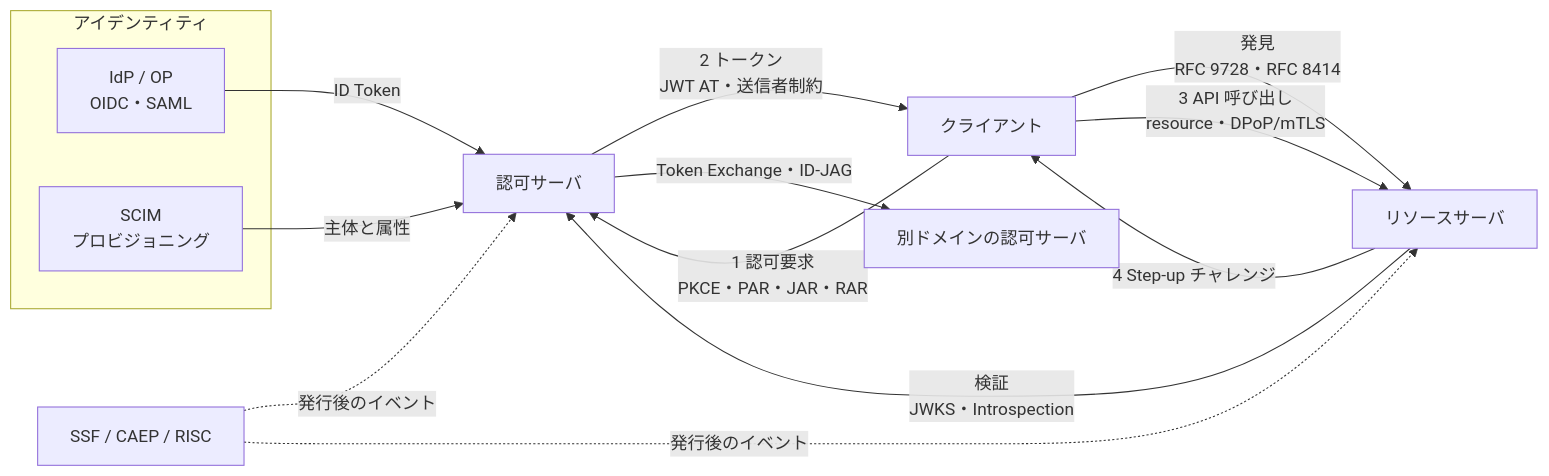
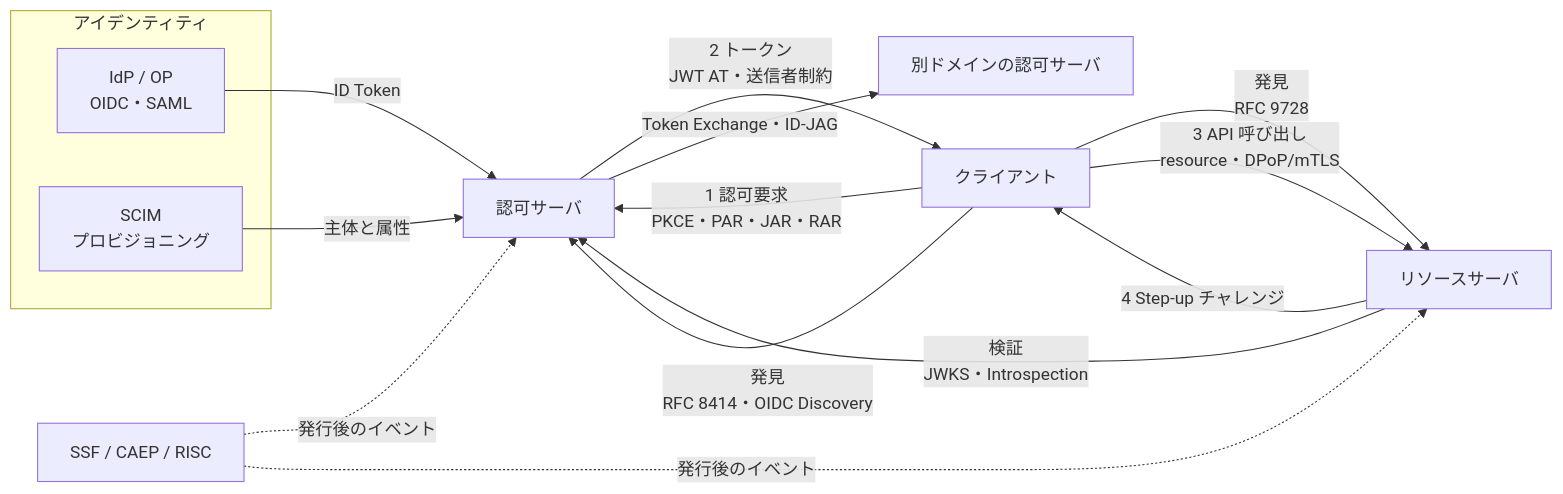
The first of 2 diagrams in content/ja/posts/oauth-standards-map-authorization-platform.md (bmf-san/bmf-tech), drawn with Mermaid before and after one commit. The commit also changed other lines of this file and 1 other file, not shown here.

First line of the commit message:
fix: OAuth 関連標準の地図の記事の図・PAR・SSF/CAEP/RISC の記述を一次資料に合わせる

````diff
--- a/content/ja/posts/oauth-standards-map-authorization-platform.md
+++ b/content/ja/posts/oauth-standards-map-authorization-platform.md
@@ -50,18 +50,19 @@
 ```mermaid
 flowchart LR
   subgraph ID["アイデンティティ"]
     IdP["IdP / OP<br/>OIDC・SAML"]
     SCIM["SCIM<br/>プロビジョニング"]
   end
   C["クライアント"] -- "1 認可要求<br/>PKCE・PAR・JAR・RAR" --> AS["認可サーバ"]
-  C -- "発見<br/>RFC 9728・RFC 8414" --> RS["リソースサーバ"]
+  C -- "発見<br/>RFC 9728" --> RS["リソースサーバ"]
+  C -- "発見<br/>RFC 8414・OIDC Discovery" --> AS
   AS -- "2 トークン<br/>JWT AT・送信者制約" --> C
   C -- "3 API 呼び出し<br/>resource・DPoP/mTLS" --> RS
   RS -- "検証<br/>JWKS・Introspection" --> AS
   RS -- "4 Step-up チャレンジ" --> C
   IdP -- "ID Token" --> AS
   SCIM -- "主体と属性" --> AS
   T["SSF / CAEP / RISC"] -. "発行後のイベント" .-> AS
   T -. "発行後のイベント" .-> RS
   AS -- "Token Exchange・ID-JAG" --> AS2["別ドメインの認可サーバ"]
 ```
````
